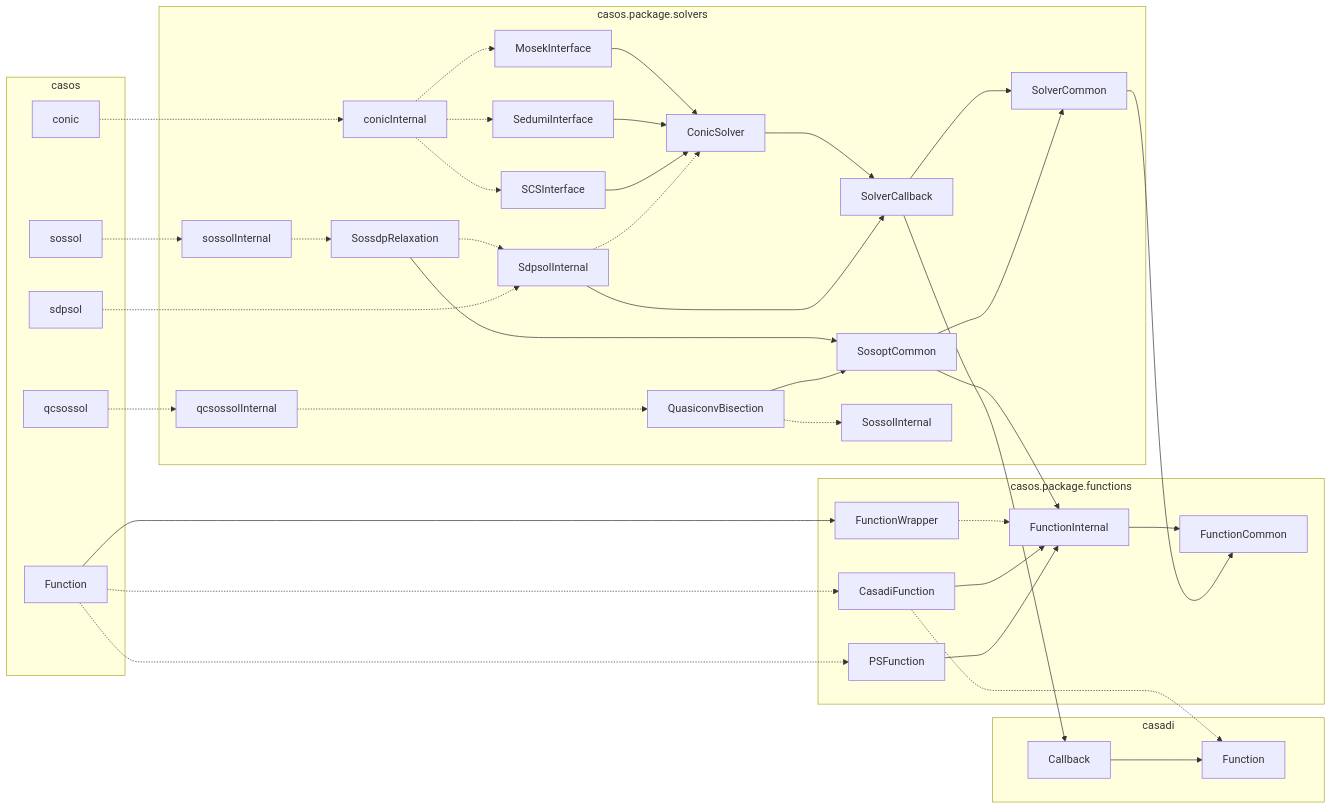
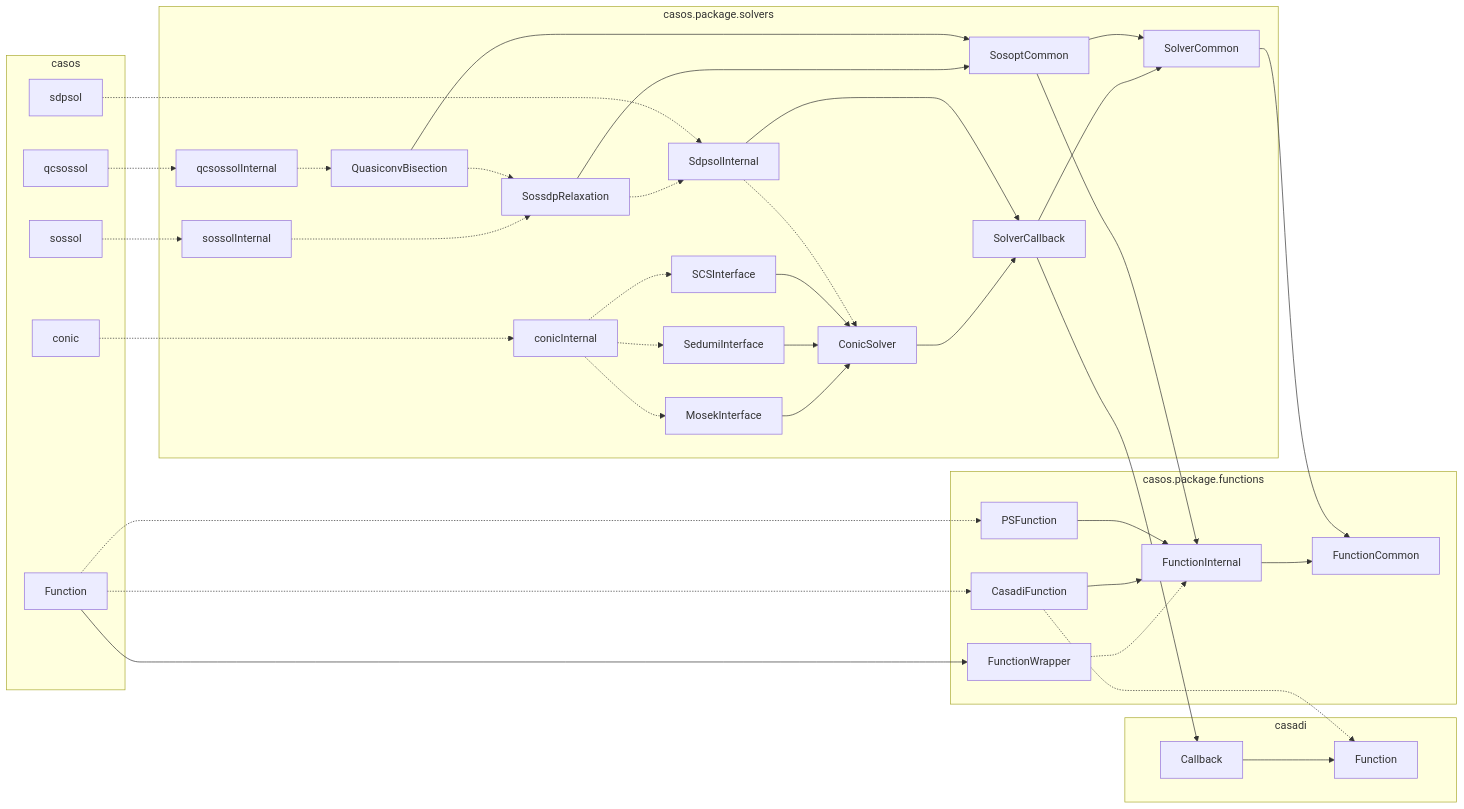
Before and after one commit to iFR-ACSO/casos: the second of 2 diagrams in +casos/+package/README.md, drawn with Mermaid.

Commit message:
Correction internal readme.

````diff
--- a/+casos/+package/README.md
+++ b/+casos/+package/README.md
@@ -33,49 +33,49 @@
 ```mermaid
 flowchart LR
   subgraph casadi
     casadi.Callback[Callback] --> casadi.Function[Function]
   end
   subgraph casos
     casos.Function[Function]
     casos.conic[conic]
     casos.sdpsol[sdpsol]
     casos.sossol[sossol]
     casos.qcsossol[qcsossol]
   end
   subgraph casos.package.functions
     FunctionInternal --> FunctionCommon
     FunctionWrapper -.-> FunctionInternal
     CasadiFunction --> FunctionInternal
     PSFunction --> FunctionInternal
   end
   subgraph casos.package.solvers
     ConicSolver --> SolverCallback
     SolverCallback --> SolverCommon
     MosekInterface --> ConicSolver
     SedumiInterface --> ConicSolver
     SCSInterface --> ConicSolver
     SdpsolInternal --> SolverCallback
     SdpsolInternal -.-> ConicSolver
     conicInternal -.-> MosekInterface
     conicInternal -.-> SedumiInterface
     conicInternal -.-> SCSInterface
     SosoptCommon --> SolverCommon
     sossolInternal -.-> SossdpRelaxation
     SossdpRelaxation --> SosoptCommon
     SossdpRelaxation -.-> SdpsolInternal
     qcsossolInternal -.-> QuasiconvBisection
     QuasiconvBisection --> SosoptCommon
-    QuasiconvBisection -.-> SossolInternal
+    QuasiconvBisection -.-> SossdpRelaxation
   end
   casos.Function --> FunctionWrapper
   casos.Function -.-> CasadiFunction
   casos.Function -.-> PSFunction
   CasadiFunction -.-> casadi.Function
   SolverCallback --> casadi.Callback
   SolverCommon --> FunctionCommon
   SosoptCommon --> FunctionInternal
   casos.conic -.-> conicInternal
   casos.sdpsol -.-> SdpsolInternal
   casos.sossol -.-> sossolInternal
   casos.qcsossol -.-> qcsossolInternal
 ```
````
